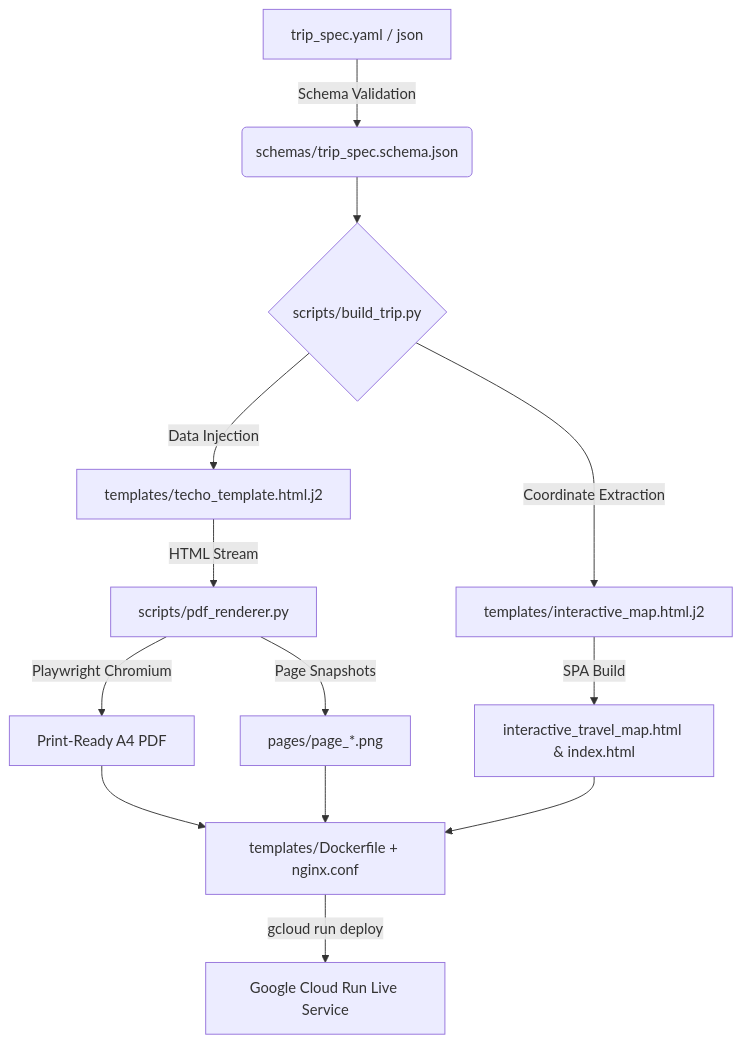
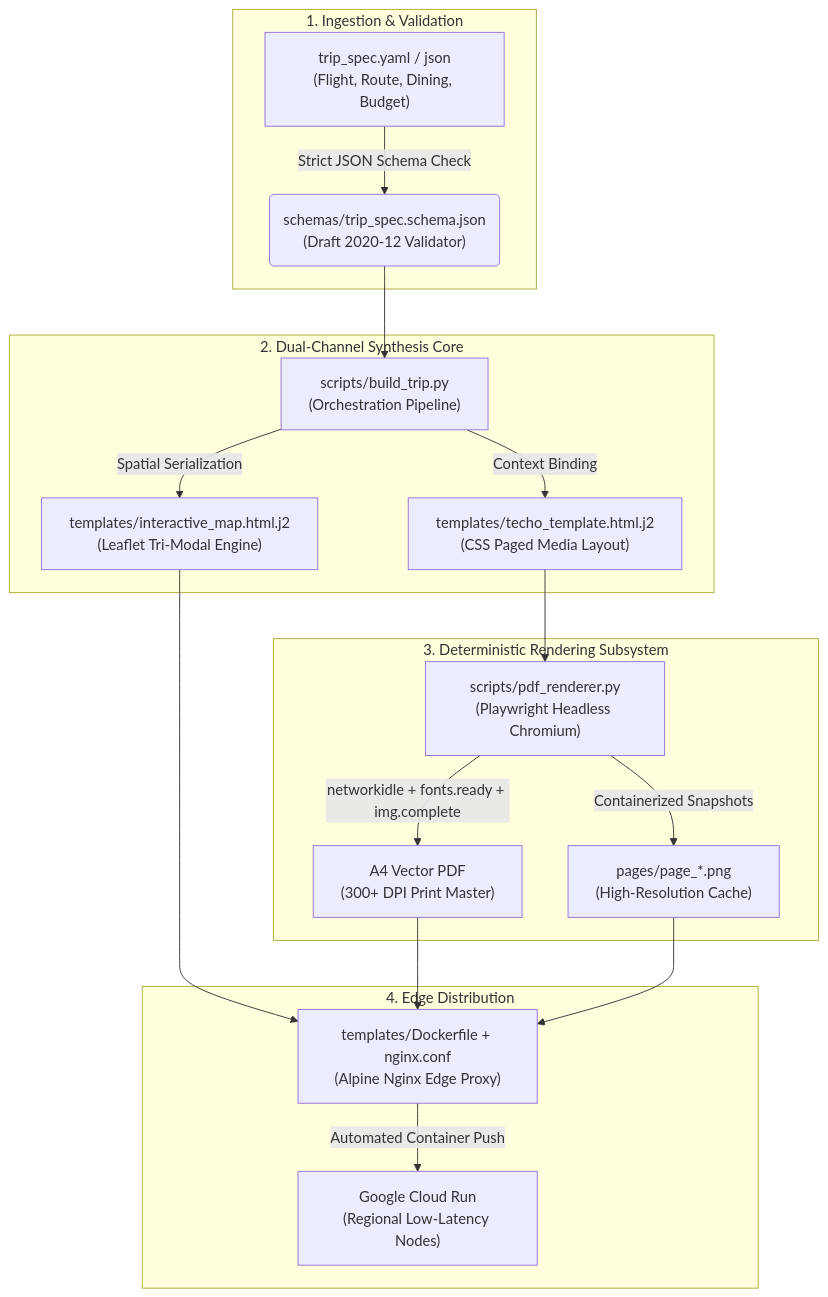
One commit to Leeababab/travel-planner-skill changed the first of 2 diagrams in README.md. Above: the diagram before and after it, drawn with Mermaid. The commit also changed other lines of this file, not shown here.

Commit message:
docs: redesign README with enterprise-grade technical aesthetics and structured architecture

````diff
--- a/README.md
+++ b/README.md
@@ -42,17 +46,23 @@
 ```mermaid
 flowchart TD
-    A[trip_spec.yaml / json] -->|Schema Validation| B(schemas/trip_spec.schema.json)
-    B --> C{scripts/build_trip.py}
-    
-    C -->|Data Injection| D[templates/techo_template.html.j2]
-    C -->|Coordinate Extraction| E[templates/interactive_map.html.j2]
-    
-    D -->|HTML Stream| F[scripts/pdf_renderer.py]
-    F -->|Playwright Chromium| G[Print-Ready A4 PDF]
-    F -->|Page Snapshots| H[pages/page_*.png]
-    
-    E -->|SPA Build| I[interactive_travel_map.html & index.html]
-    
-    G & H & I --> J[templates/Dockerfile + nginx.conf]
-    J -->|gcloud run deploy| K[Google Cloud Run Live Service]
+    subgraph Ingestion_Layer["1. Ingestion & Validation"]
+        A["trip_spec.yaml / json\n(Flight, Route, Dining, Budget)"] -->|Strict JSON Schema Check| B("schemas/trip_spec.schema.json\n(Draft 2020-12 Validator)")
+    end
+
+    subgraph Core_Synthesizer["2. Dual-Channel Synthesis Core"]
+        B --> C["scripts/build_trip.py\n(Orchestration Pipeline)"]
+        C -->|Context Binding| D["templates/techo_template.html.j2\n(CSS Paged Media Layout)"]
+        C -->|Spatial Serialization| E["templates/interactive_map.html.j2\n(Leaflet Tri-Modal Engine)"]
+    end
+
+    subgraph Rendering_Subsystem["3. Deterministic Rendering Subsystem"]
+        D --> F["scripts/pdf_renderer.py\n(Playwright Headless Chromium)"]
+        F -->|networkidle + fonts.ready + img.complete| G["A4 Vector PDF\n(300+ DPI Print Master)"]
+        F -->|Containerized Snapshots| H["pages/page_*.png\n(High-Resolution Cache)"]
+    end
+
+    subgraph Distribution_Layer["4. Edge Distribution"]
+        E & G & H --> I["templates/Dockerfile + nginx.conf\n(Alpine Nginx Edge Proxy)"]
+        I -->|Automated Container Push| J["Google Cloud Run\n(Regional Low-Latency Nodes)"]
+    end
 ```
````
